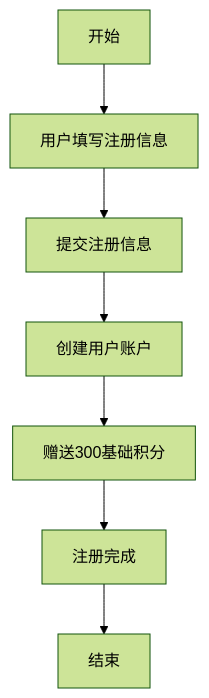
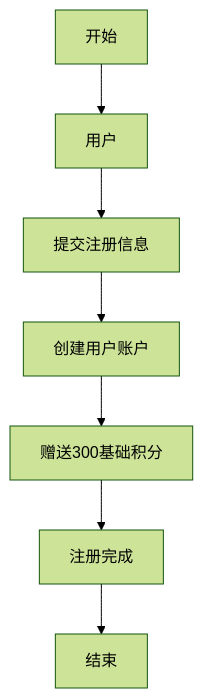
The diagram in all/未命名-65.md (yingjianzh/iodraw-files), drawn with Mermaid (forest theme) before and after one commit.

Commit message:
2025-05-22 14:02:04 update

````diff
--- a/all/未命名-65.md
+++ b/all/未命名-65.md
@@ -1,9 +1,9 @@
 ```mermaid
 flowchart TD
-    A[开始] --> B[用户填写注册信息]
+    A[开始] --> B[用户]
     B --> C[提交注册信息]
     C --> D[创建用户账户]
     D --> E[赠送300基础积分]
     E --> F[注册完成]
     F --> G[结束]
 ```
````
